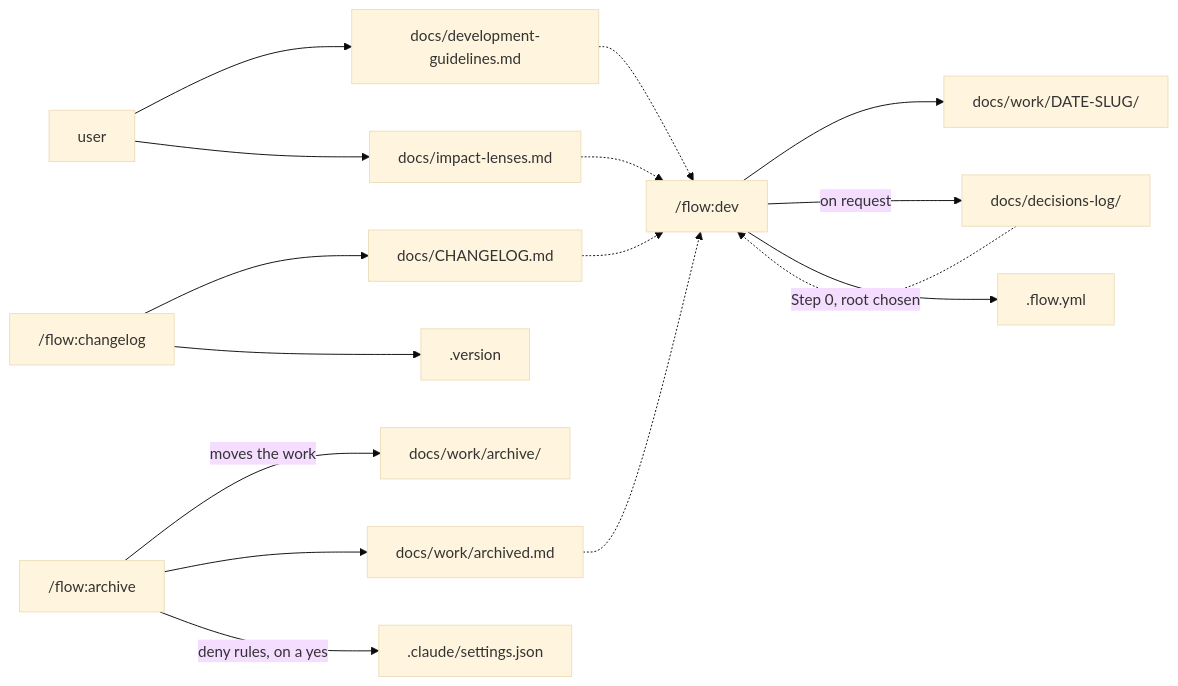
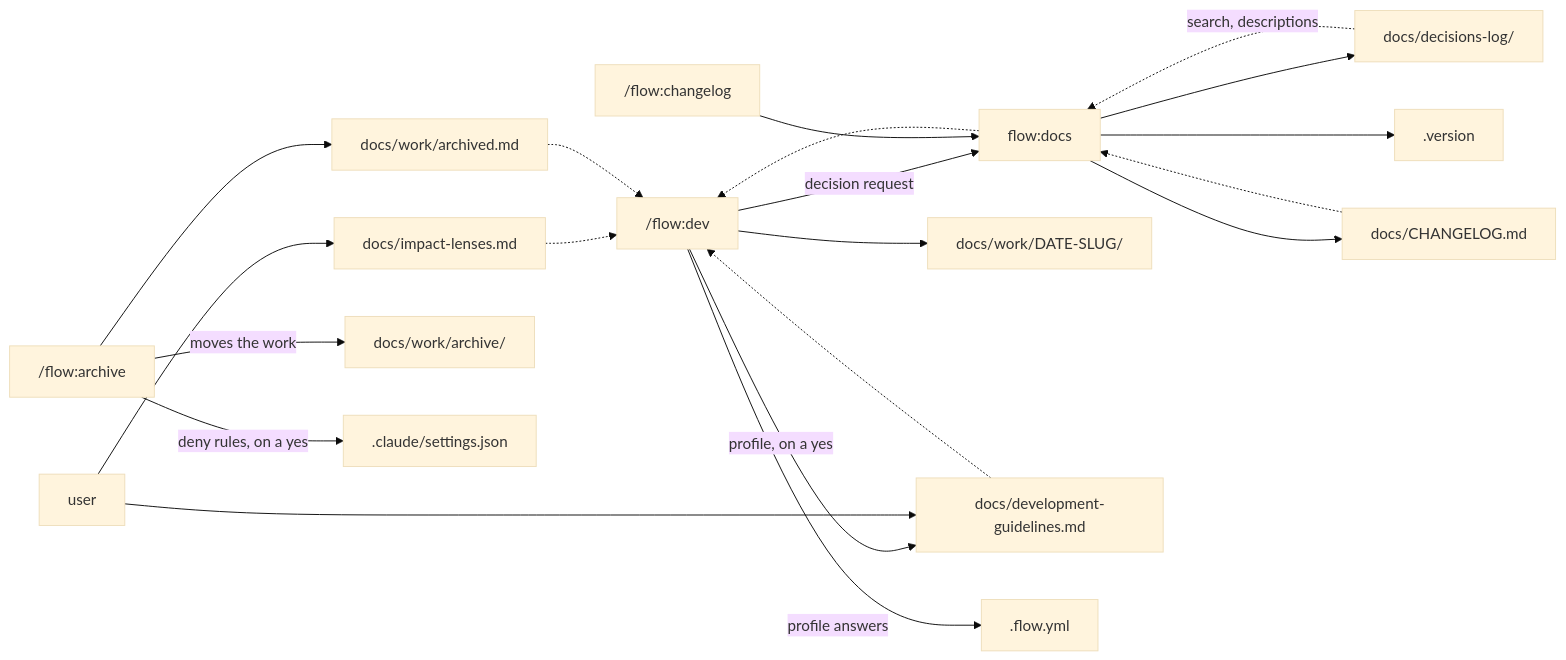
The third of 4 diagrams in docs/architecture.md (spleenteo/devflow), drawn with Mermaid (base theme) before and after one commit. The commit also changed other lines of this file and 2 other files, not shown here.

Commit message:
Rewrite README and architecture for Flow's own engine

````diff
--- a/docs/architecture.md
+++ b/docs/architecture.md
@@ -121,32 +135,37 @@
 ```mermaid
 flowchart LR
   dev["/flow:dev"]
+  docs["flow:docs"]
   chg["/flow:changelog"]
   arc["/flow:archive"]
   usr["user"]
   work["docs/work/DATE-SLUG/"]
   dec["docs/decisions-log/"]
   gl["docs/development-guidelines.md"]
   lens["docs/impact-lenses.md"]
   log["docs/CHANGELOG.md"]
   idx["docs/work/archived.md"]
   wall["docs/work/archive/"]
   ver[".version"]
   cfg[".flow.yml"]
   set[".claude/settings.json"]
   dev --> work
-  dev -->|"on request"| dec
-  dev -->|"Step 0, root chosen"| cfg
+  dev -->|"profile answers"| cfg
+  dev -->|"profile, on a yes"| gl
+  dev -->|"decision request"| docs
+  chg --> docs
+  docs --> dec
+  docs --> log
+  docs --> ver
   usr --> gl
   usr --> lens
-  chg --> log
-  chg --> ver
   arc -->|"moves the work"| wall
   arc --> idx
   arc -->|"deny rules, on a yes"| set
   gl -.-> dev
   lens -.-> dev
-  dec -.-> dev
-  log -.-> dev
+  dec -.->|"search, descriptions"| docs
+  log -.-> docs
   idx -.-> dev
+  docs -.-> dev
 ```
````
